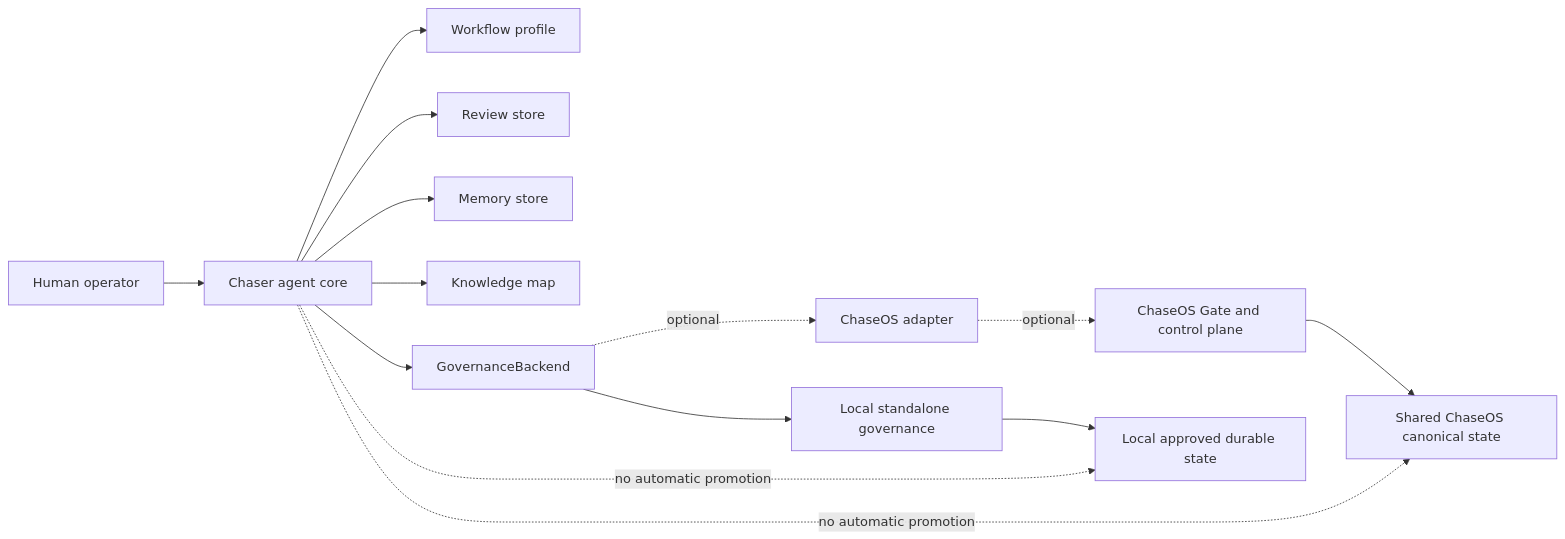
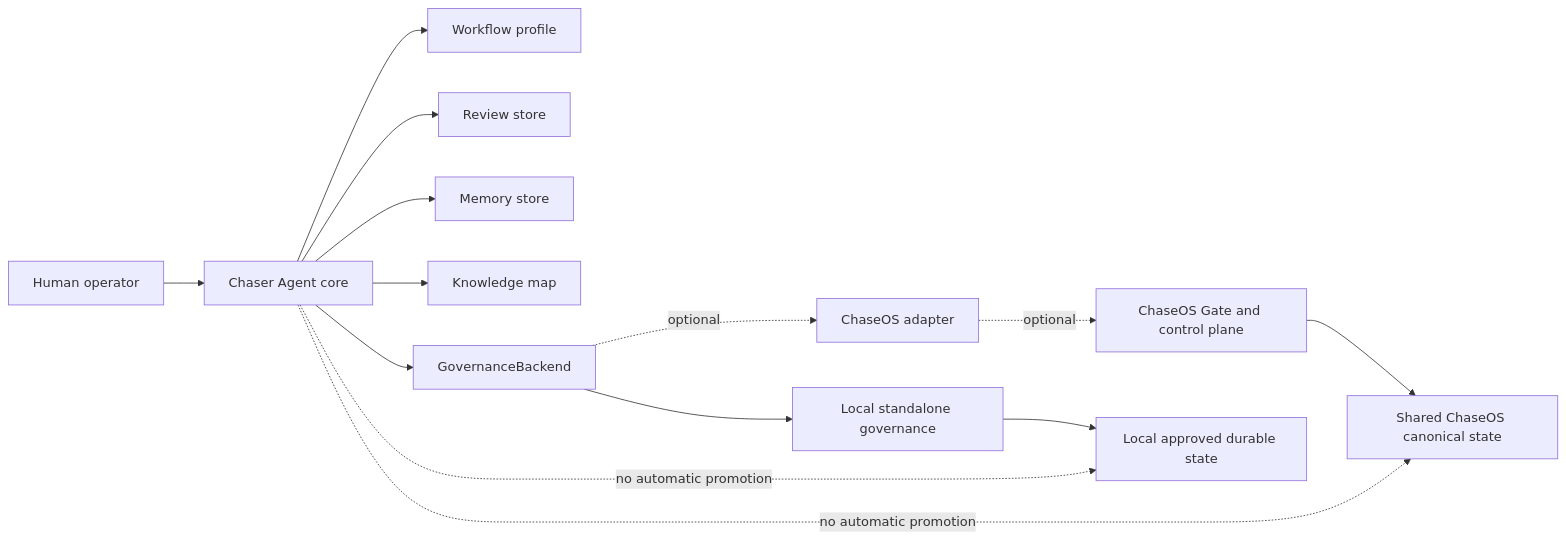
Before and after one commit to chasedndt/Chaser-Agent: the diagram in docs/99_HANDOVERS/2026-08-11-CHASER_AGENT_STANDALONE_FIRST_MASTER_REDESIGN_HANDOVER.md, drawn with Mermaid. The commit also changed other lines of this file and 109 other files, not shown here.

````diff
--- a/docs/99_HANDOVERS/2026-08-11-CHASER_AGENT_STANDALONE_FIRST_MASTER_REDESIGN_HANDOVER.md
+++ b/docs/99_HANDOVERS/2026-08-11-CHASER_AGENT_STANDALONE_FIRST_MASTER_REDESIGN_HANDOVER.md
@@ -619,20 +619,20 @@
 ```mermaid
 flowchart LR
-    U[Human operator] --> CA[Chaser agent core]
+    U[Human operator] --> CA[Chaser Agent core]
 
     CA --> P[Workflow profile]
     CA --> R[Review store]
     CA --> M[Memory store]
     CA --> K[Knowledge map]
     CA --> G[GovernanceBackend]
 
     G --> LG[Local standalone governance]
     G -. optional .-> CG[ChaseOS adapter]
     CG -. optional .-> COS[ChaseOS Gate and control plane]
 
     LG --> LC[Local approved durable state]
     COS --> SC[Shared ChaseOS canonical state]
 
     CA -. no automatic promotion .-> LC
     CA -. no automatic promotion .-> SC
 ```
````
